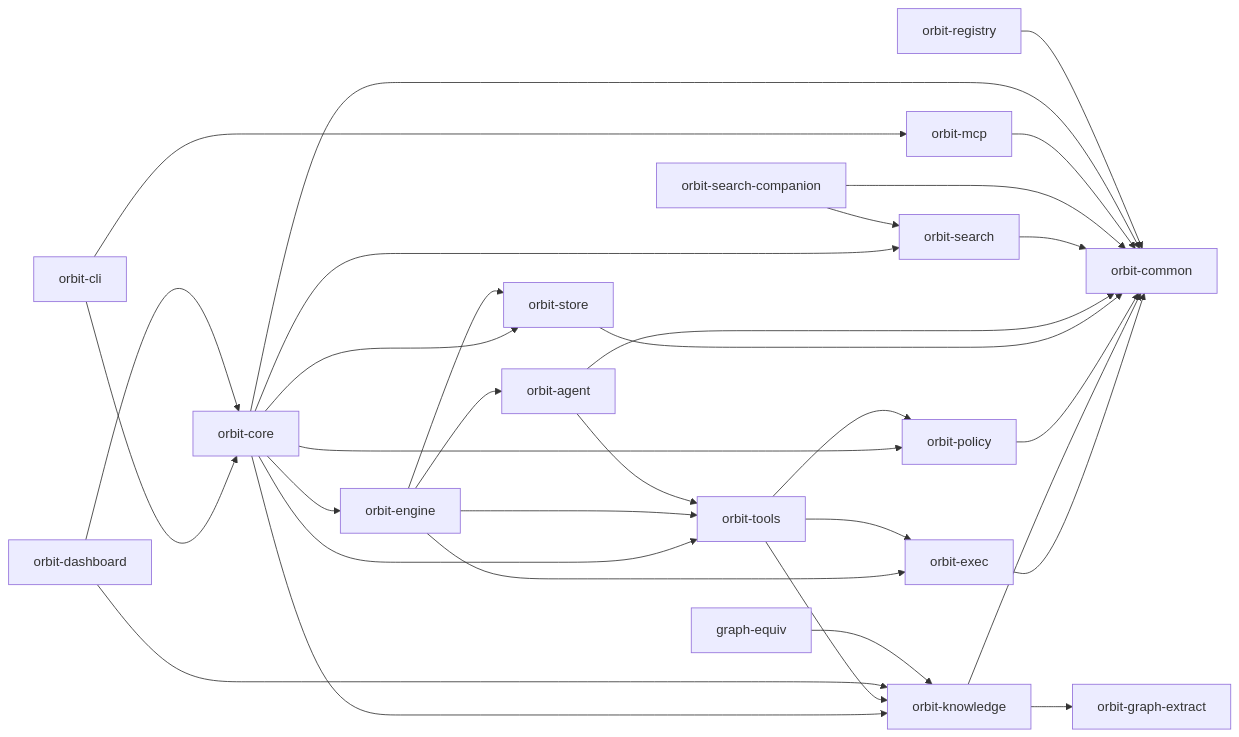
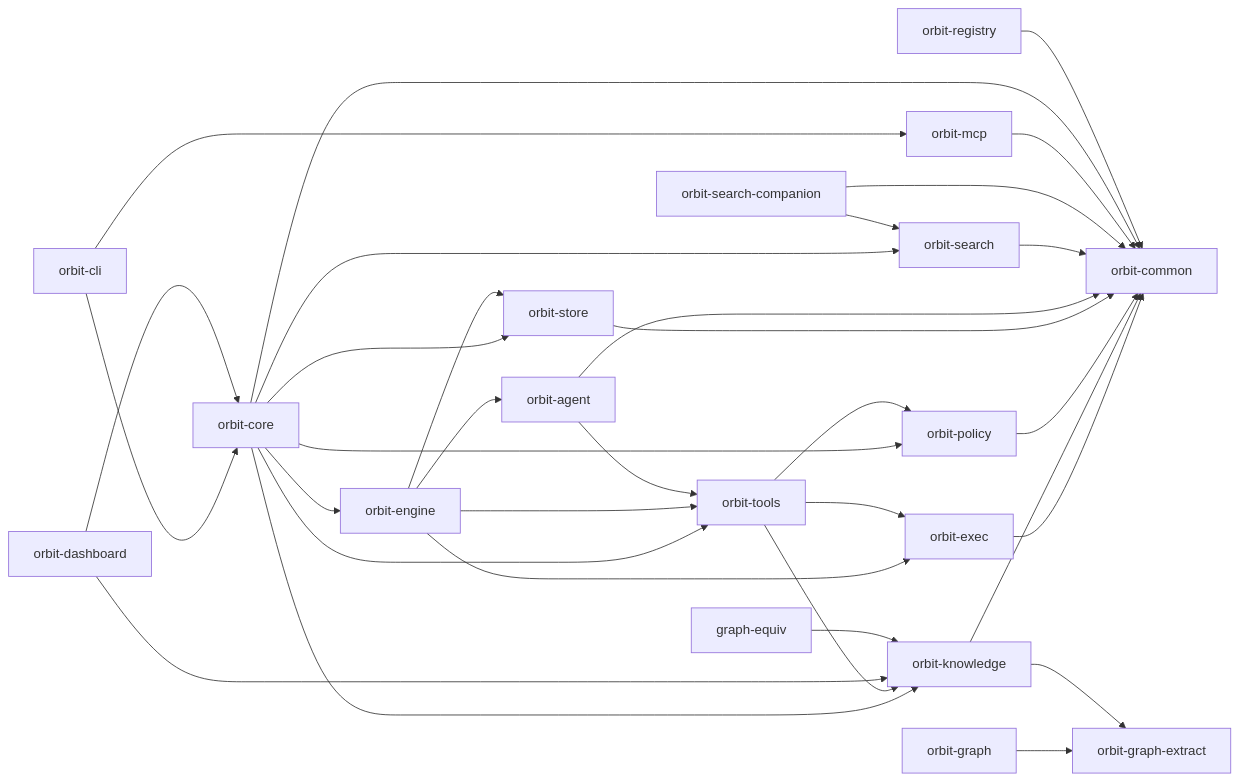
One commit to danieljhkim/orbit changed the diagram in ARCHITECTURE.md. Above: the diagram before and after it, drawn with Mermaid. The commit also changed other lines of this file and 7 other files, not shown here.

First line of the commit message:
chore: Create orbit-graph crate skeleton (public types + DB path resolv… [ORB-00307]

````diff
--- a/ARCHITECTURE.md
+++ b/ARCHITECTURE.md
@@ -5,34 +5,35 @@
 ```mermaid
 flowchart LR
   CLI["orbit-cli"] --> Core["orbit-core"]
   CLI --> MCP["orbit-mcp"]
   Core --> Engine["orbit-engine"]
   Core --> Store["orbit-store"]
   Core --> Tools["orbit-tools"]
   Core --> Search["orbit-search"]
   Core --> Knowledge["orbit-knowledge"]
   Core --> Policy["orbit-policy"]
   Engine --> Agent["orbit-agent"]
   Engine --> Store
   Engine --> Exec["orbit-exec"]
   Engine --> Tools
   Agent --> Tools
+  Graph["orbit-graph"] --> GraphExtract["orbit-graph-extract"]
   Tools --> Exec["orbit-exec"]
   Tools --> Knowledge
   Tools --> Policy
   Knowledge --> GraphExtract["orbit-graph-extract"]
   Exec --> Common["orbit-common"]
   Knowledge --> Common
   Policy --> Common
   Store --> Common
   Agent --> Common
   Search --> Common
   SearchCompanion["orbit-search-companion"] --> Search
   SearchCompanion --> Common
   MCP --> Common
   Dashboard["orbit-dashboard"] --> Core
   Dashboard --> Knowledge
   GraphEquiv["graph-equiv"] --> Knowledge
   Core --> Common
   Registry["orbit-registry"] --> Common
 ```
````
